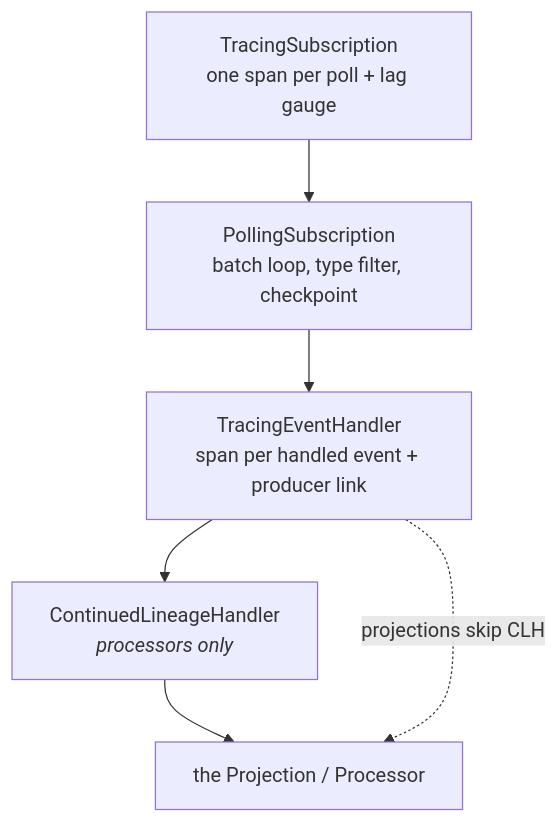
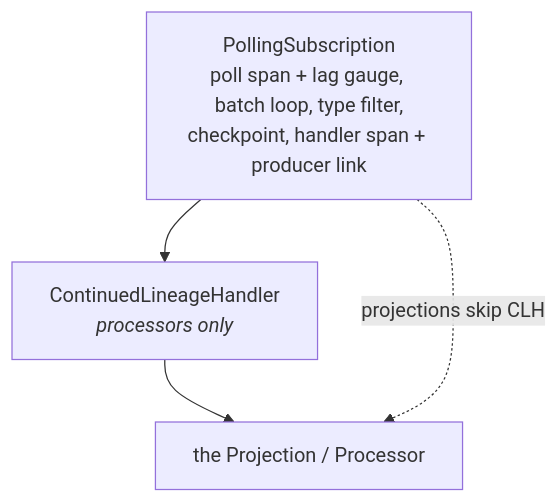
One commit to willehpeh/market-miam changed the third of 3 diagrams in docs/EVENT-SOURCING-ARCHITECTURE.md. Above: the diagram before and after it, drawn with Mermaid. The commit also changed other lines of this file and 4 other files, not shown here.

````diff
--- a/docs/EVENT-SOURCING-ARCHITECTURE.md
+++ b/docs/EVENT-SOURCING-ARCHITECTURE.md
@@ -232,14 +236,10 @@
 ```mermaid
 flowchart TB
-    TS["TracingSubscription<br/>one span per poll + lag gauge"]
-    PS["PollingSubscription<br/>batch loop, type filter, checkpoint"]
-    TEH["TracingEventHandler<br/>span per handled event + producer link"]
+    PS["PollingSubscription<br/>poll span + lag gauge, batch loop, type filter,<br/>checkpoint, handler span + producer link"]
     CLH["ContinuedLineageHandler<br/><i>processors only</i>"]
     H["the Projection / Processor"]
 
-    TS --> PS
-    PS --> TEH
-    TEH --> CLH
+    PS --> CLH
     CLH --> H
-    TEH -.->|"projections skip CLH"| H
+    PS -.->|"projections skip CLH"| H
 ```
````
